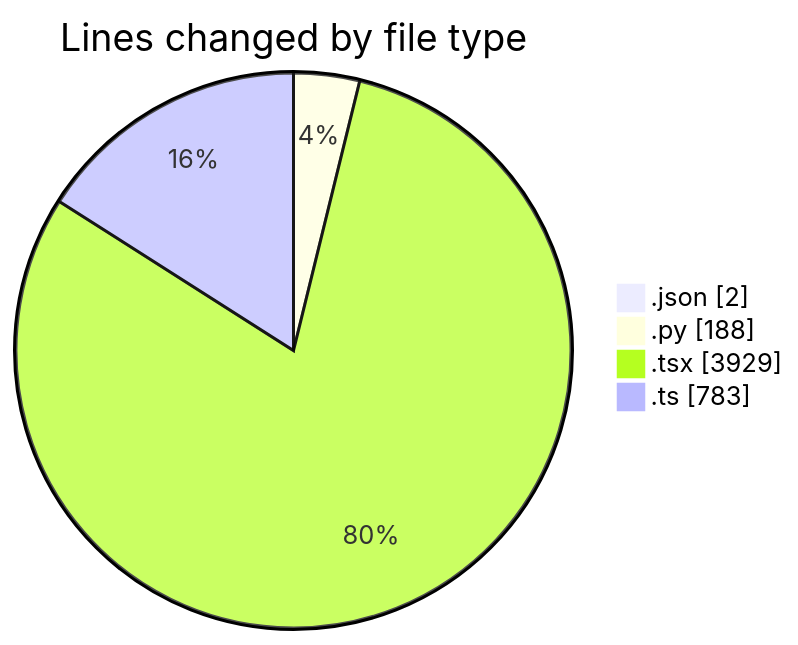
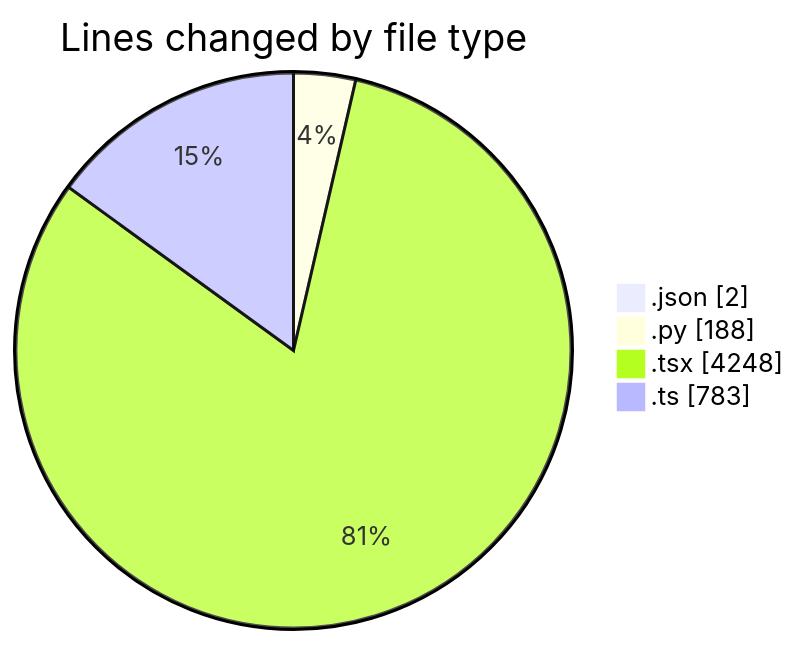
Before and after one commit to julien-gomy/code-tracking: the first of 2 diagrams in 2025-10-06/eventscop-frontend-guide__workspace_/README.md, drawn with Mermaid. The commit also changed other lines of this file and 1 other file, not shown here.

````diff
--- a/2025-10-06/eventscop-frontend-guide__workspace_/README.md
+++ b/2025-10-06/eventscop-frontend-guide__workspace_/README.md
@@ -49,8 +50,8 @@
 ```mermaid
 pie showData
 title Lines changed by file type
 ".json" : 2
 ".py" : 188
-".tsx" : 3929
+".tsx" : 4248
 ".ts" : 783
 ```
````
